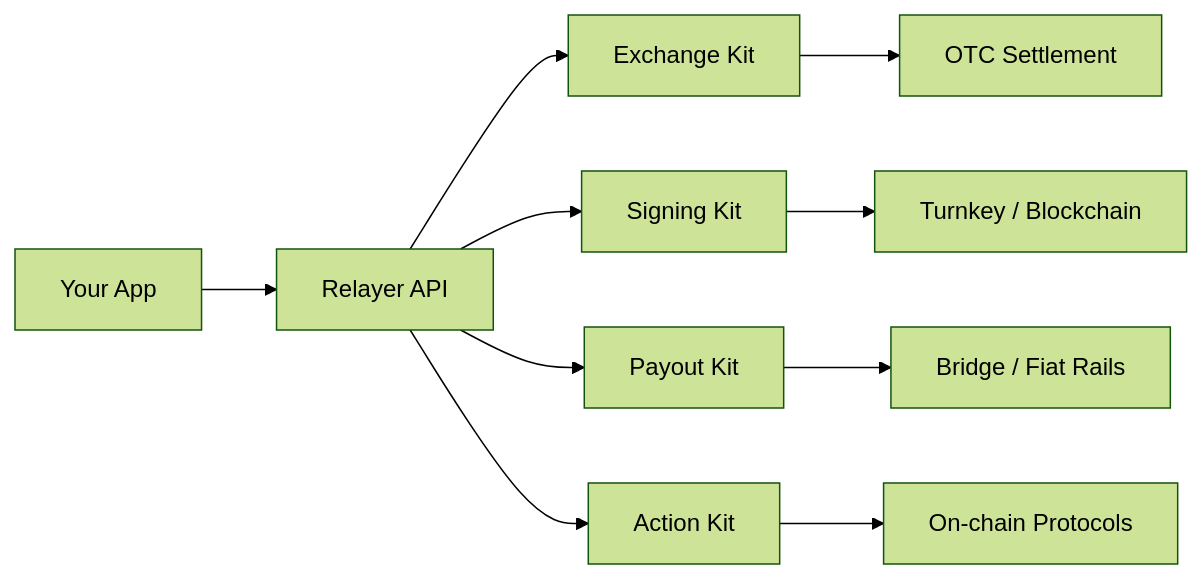
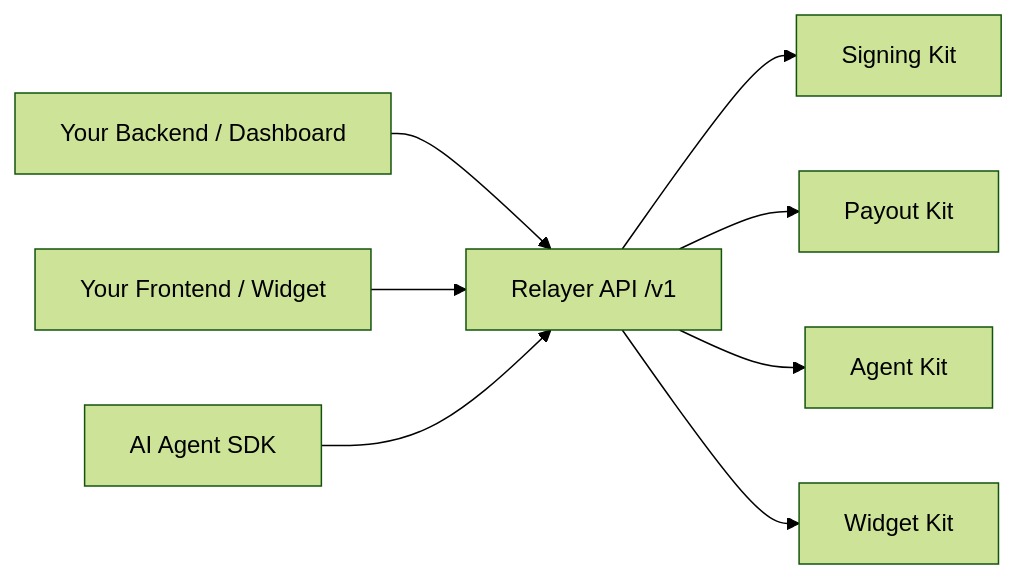
The diagram in get-started/overview.mdx (SherryLabs/docs), drawn with Mermaid (forest theme) before and after one commit. The commit also changed other lines of this file and 6 other files, not shown here.

````diff
--- a/get-started/overview.mdx
+++ b/get-started/overview.mdx
@@ -35,12 +46,10 @@
 ```mermaid
 graph LR
-    A[Your App] --> B[Relayer API]
-    B --> C[Exchange Kit]
-    B --> D[Signing Kit]
-    B --> E[Payout Kit]
-    B --> F[Action Kit]
-    C --> G[OTC Settlement]
-    D --> H[Turnkey / Blockchain]
-    E --> I[Bridge / Fiat Rails]
-    F --> J[On-chain Protocols]
+    A[Your Backend / Dashboard] --> B[Relayer API /v1]
+    F[Your Frontend / Widget] --> B
+    G[AI Agent SDK] --> B
+    B --> C[Signing Kit]
+    B --> D[Payout Kit]
+    B --> E[Agent Kit]
+    B --> H[Widget Kit]
 ```
````
